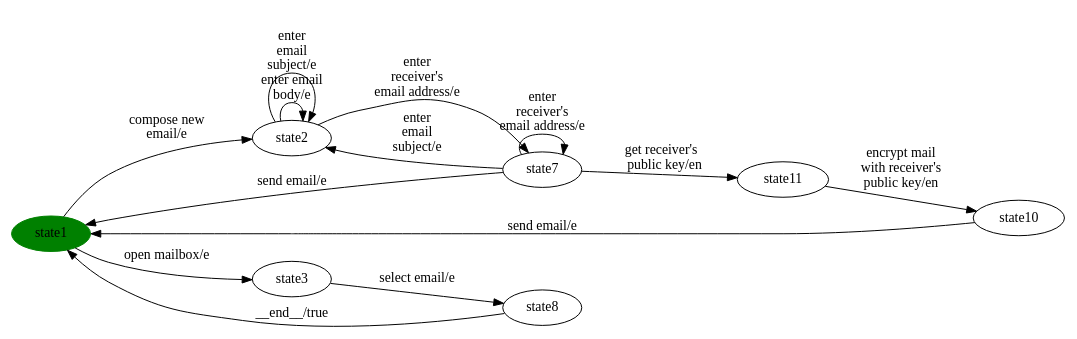
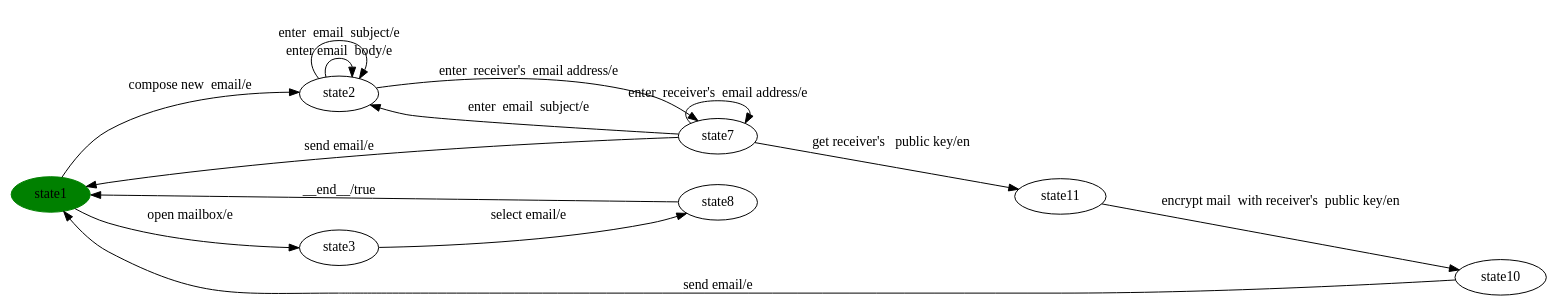
Before and after one commit to dilekozturk93/vibes: the diagram in milestone-reports/full-pipeline-walkthrough/eMail/eMail-step3-strongly-connected.dot, drawn with Graphviz. The commit also changed 36 other files, not shown here.

```diff
--- a/milestone-reports/full-pipeline-walkthrough/eMail/eMail-step3-strongly-connected.dot
+++ b/milestone-reports/full-pipeline-walkthrough/eMail/eMail-step3-strongly-connected.dot
@@ -1,36 +1,23 @@
 digraph G {
 rankdir=LR;
 state0[ label = "state1", style=filled, color=green ];
 state1 [ label = "state11" ];
-state1 -> state2 [ label=" encrypt mail 
-with receiver's 
-public key/en " ];
-state3 [ label = "state8" ];
-state3 -> state0 [ label=" __end__/true " ];
-state2 [ label = "state10" ];
-state2 -> state0 [ label=" send email/e " ];
+state2 [ label = "state8" ];
+state3 [ label = "state10" ];
 state4 [ label = "state7" ];
+state5 [ label = "state2" ];
+state6 [ label = "state3" ];
 state4 -> state0 [ label=" send email/e " ];
-state4 -> state1 [ label=" get receiver's  
-public key/en " ];
-state4 -> state5 [ label=" enter
- email 
-subject/e " ];
-state4 -> state4 [ label=" enter 
-receiver's 
-email address/e " ];
-state5 [ label = "state2" ];
-state5 -> state4 [ label=" enter 
-receiver's 
-email address/e " ];
-state5 -> state5 [ label=" enter email 
-body/e " ];
-state5 -> state5 [ label=" enter
- email 
-subject/e " ];
+state4 -> state1 [ label=" get receiver's   public key/en " ];
+state1 -> state3 [ label=" encrypt mail  with receiver's  public key/en " ];
+state6 -> state2 [ label=" select email/e " ];
+state5 -> state4 [ label=" enter  receiver's  email address/e " ];
+state4 -> state5 [ label=" enter  email  subject/e " ];
+state2 -> state0 [ label=" __end__/true " ];
 state0 -> state6 [ label=" open mailbox/e " ];
-state0 -> state5 [ label=" compose new 
-email/e " ];
-state6 [ label = "state3" ];
-state6 -> state3 [ label=" select email/e " ];
+state0 -> state5 [ label=" compose new  email/e " ];
+state5 -> state5 [ label=" enter email  body/e " ];
+state5 -> state5 [ label=" enter  email  subject/e " ];
+state3 -> state0 [ label=" send email/e " ];
+state4 -> state4 [ label=" enter  receiver's  email address/e " ];
 }
```
